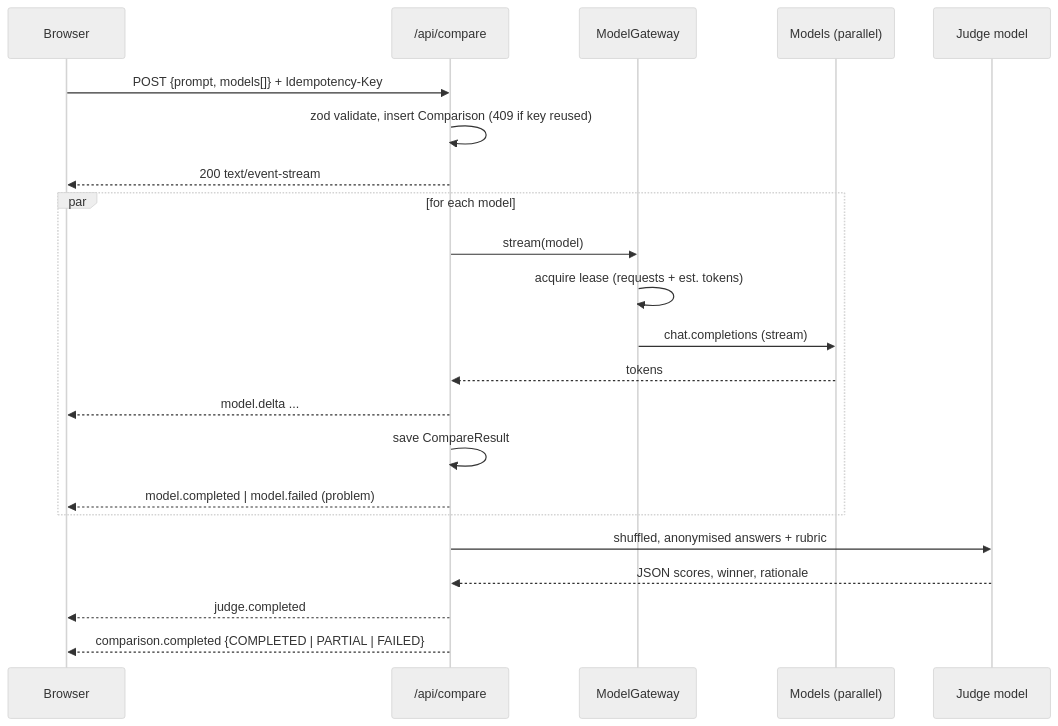
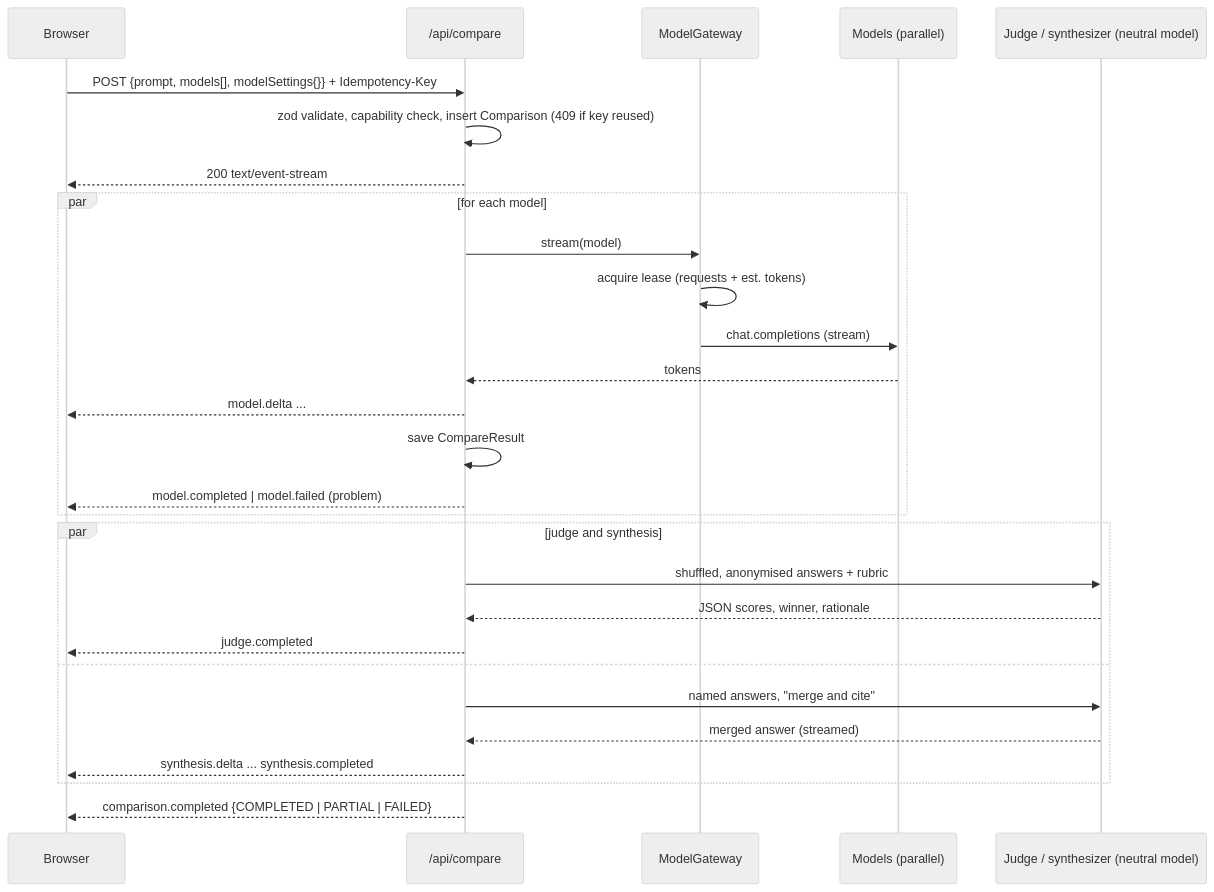
Before and after one commit to alokdidde/model-playground-poc: the second of 2 diagrams in docs/ARCHITECTURE.md, drawn with Mermaid (neutral theme). The commit also changed other lines of this file and 58 other files, not shown here.

First line of the commit message:
Redesign Compare page: catalog, per-model settings drawer, synthesis, recommendation

````diff
--- a/docs/ARCHITECTURE.md
+++ b/docs/ARCHITECTURE.md
@@ -61,24 +88,30 @@
 ```mermaid
 sequenceDiagram
   participant C as Browser
   participant A as /api/compare
   participant G as ModelGateway
   participant M as Models (parallel)
-  participant J as Judge model
-  C->>A: POST {prompt, models[]} + Idempotency-Key
-  A->>A: zod validate, insert Comparison (409 if key reused)
+  participant J as Judge / synthesizer (neutral model)
+  C->>A: POST {prompt, models[], modelSettings{}} + Idempotency-Key
+  A->>A: zod validate, capability check, insert Comparison (409 if key reused)
   A-->>C: 200 text/event-stream
   par for each model
     A->>G: stream(model)
     G->>G: acquire lease (requests + est. tokens)
     G->>M: chat.completions (stream)
     M-->>A: tokens
     A-->>C: model.delta ...
     A->>A: save CompareResult
     A-->>C: model.completed | model.failed (problem)
   end
-  A->>J: shuffled, anonymised answers + rubric
-  J-->>A: JSON scores, winner, rationale
-  A-->>C: judge.completed
+  par judge and synthesis
+    A->>J: shuffled, anonymised answers + rubric
+    J-->>A: JSON scores, winner, rationale
+    A-->>C: judge.completed
+  and
+    A->>J: named answers, "merge and cite"
+    J-->>A: merged answer (streamed)
+    A-->>C: synthesis.delta ... synthesis.completed
+  end
   A-->>C: comparison.completed {COMPLETED | PARTIAL | FAILED}
 ```
````
